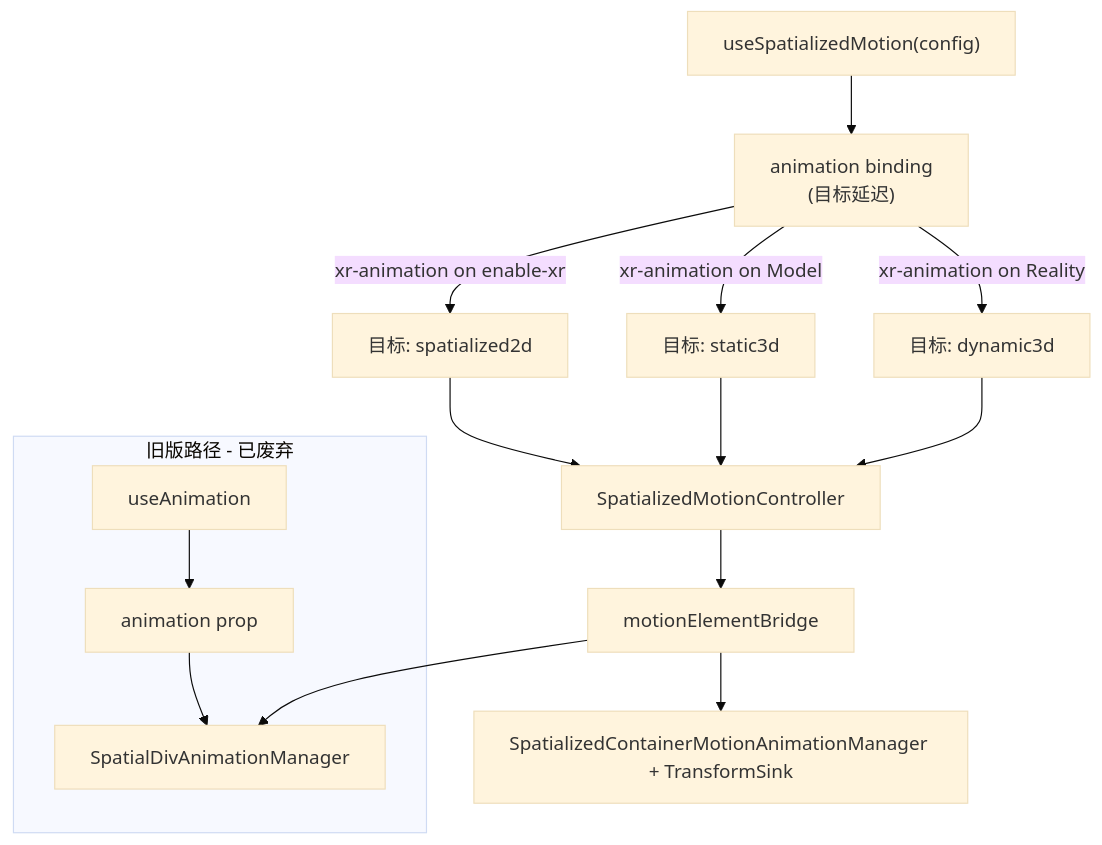
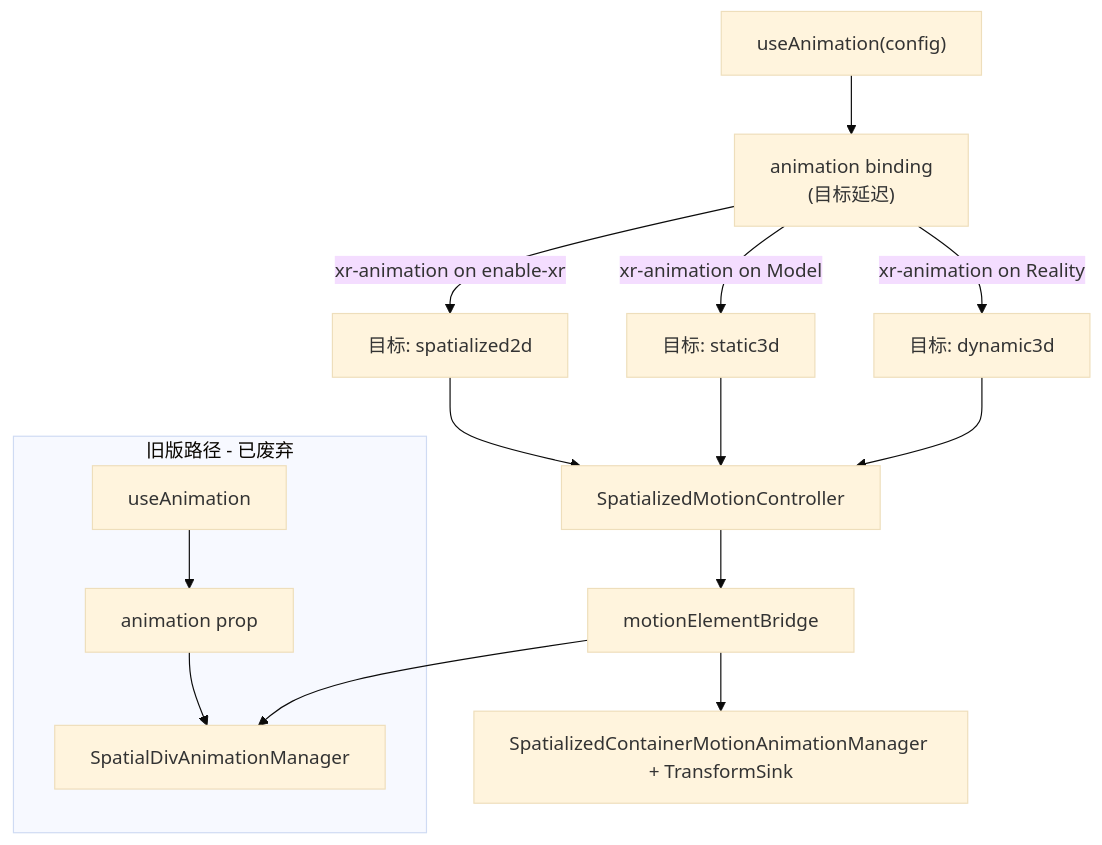
One commit to webspatial/webspatial-sdk changed the first of 2 diagrams in openspec/changes/spatialized-element-motion-api/design.zh.md. Above: the diagram before and after it, drawn with Mermaid (base theme). The commit also changed other lines of this file and 75 other files, not shown here.

Commit message:
refactor useSpatialized to useAnimation

````diff
--- a/openspec/changes/spatialized-element-motion-api/design.zh.md
+++ b/openspec/changes/spatialized-element-motion-api/design.zh.md
@@ -42,18 +42,18 @@
 ```mermaid
 flowchart TB
-  Hook["useSpatializedMotion(config)"] --> Binding["animation binding\n(目标延迟)"]
+  Hook["useAnimation(config)"] --> Binding["animation binding\n(目标延迟)"]
   Binding --> |"xr-animation on enable-xr"| Resolve2D["目标: spatialized2d"]
   Binding --> |"xr-animation on Model"| Resolve3D["目标: static3d"]
   Binding --> |"xr-animation on Reality"| ResolveD3["目标: dynamic3d"]
   Resolve2D --> Core[SpatializedMotionController]
   Resolve3D --> Core
   ResolveD3 --> Core
   Core --> Bridge[motionElementBridge]
   Bridge --> N2D[SpatialDivAnimationManager]
   Bridge --> N3D[SpatializedContainerMotionAnimationManager + TransformSink]
   
   subgraph Legacy[旧版路径 - 已废弃]
     LegacyHook[useAnimation] --> LegacyBinding[animation prop]
     LegacyBinding --> N2D
   end
 ```
````
